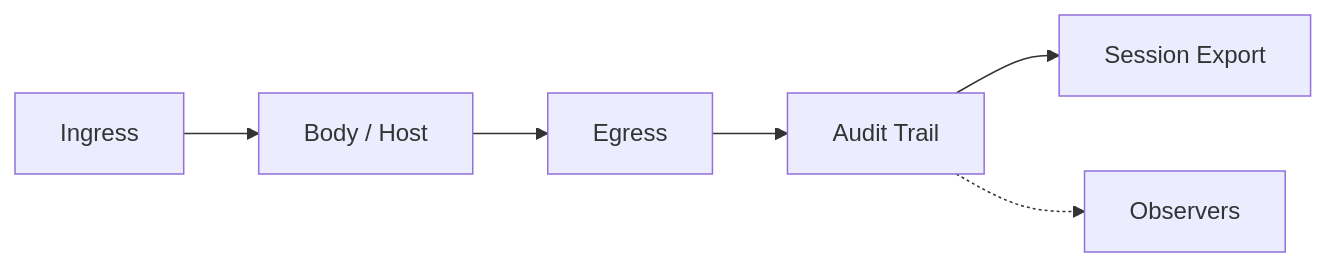
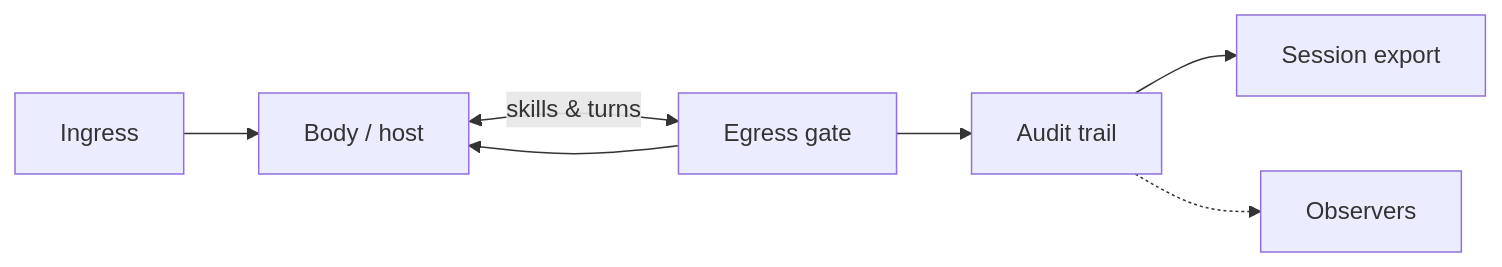
Before and after one commit to ARPAHLS/aura: the diagram in docs/architecture.md, drawn with Mermaid. The commit also changed other lines of this file and 33 other files, not shown here.

First line of the commit message:
Release v0.3.0: layered identity, audit report, and enterprise export.

````diff
--- a/docs/architecture.md
+++ b/docs/architecture.md
@@ -13,8 +13,9 @@
 ```mermaid
 flowchart LR
-    IN["Ingress"] --> BODY["Body / Host"]
-    BODY --> EG["Egress"]
-    EG --> TRAIL["Audit Trail"]
-    TRAIL --> EXPORT["Session Export"]
-    TRAIL -.-> OBS["Observers"]
+    IN[Ingress] --> BODY[Body / host]
+    BODY <-->|skills & turns| EG[Egress gate]
+    EG --> BODY
+    EG --> AUDIT[Audit trail]
+    AUDIT --> EXPORT[Session export]
+    AUDIT -.-> OBS[Observers]
 ```
````
